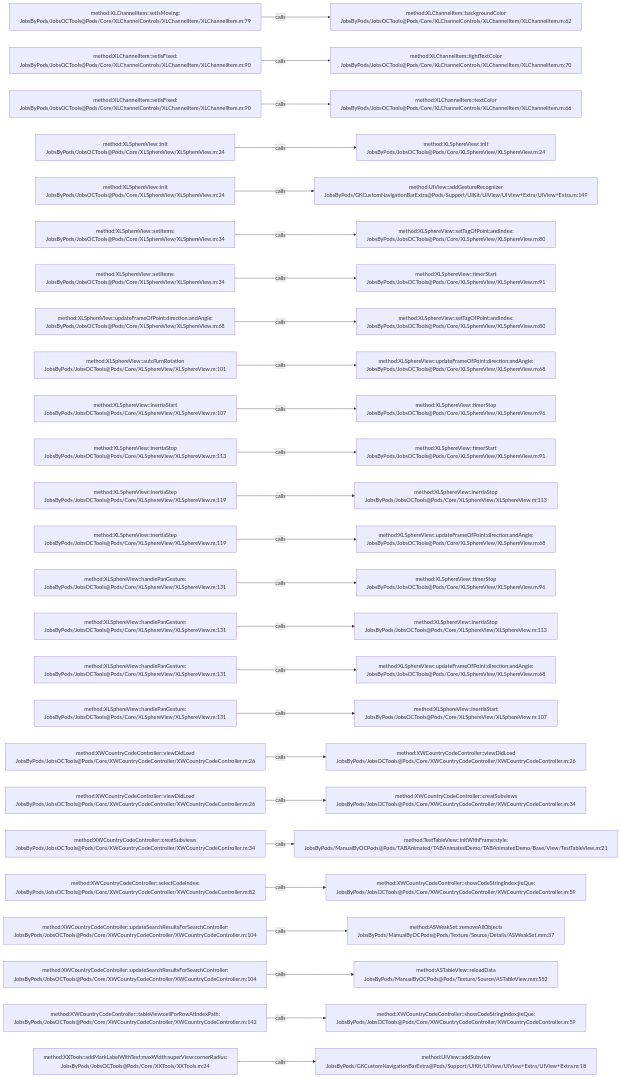
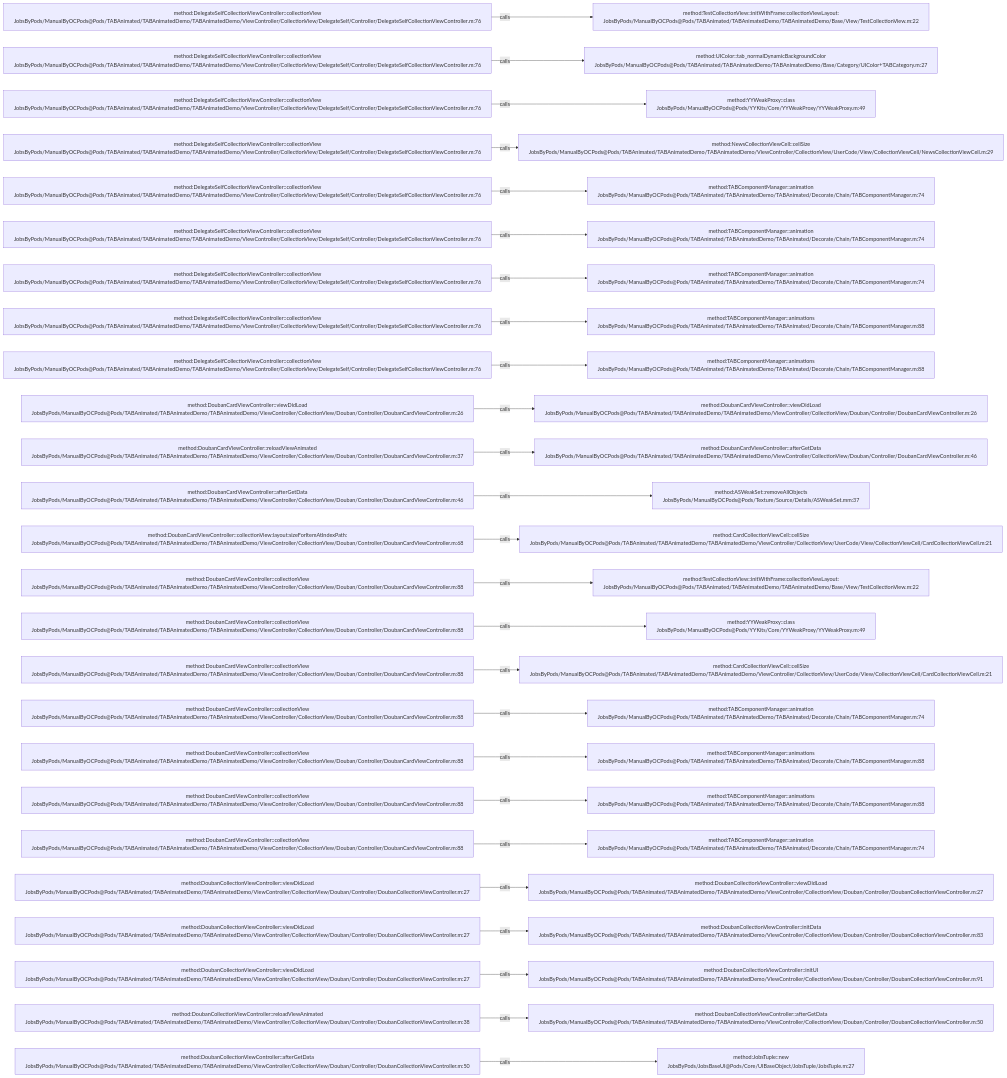
The diagram in .codegraph/codegraph.md/graphs/calls-154.md (JobsKits/JobsOCBaseConfigDemo), drawn with Mermaid before and after one commit. The commit also changed 573 other files, not shown here.

````diff
--- a/.codegraph/codegraph.md/graphs/calls-154.md
+++ b/.codegraph/codegraph.md/graphs/calls-154.md
@@ -13,78 +13,78 @@
 ```mermaid
 flowchart LR
-  S1["method:XLChannelItem::setIsMoving:<br/>JobsByPods/JobsOCTools@Pods/Core/XLChannelControls/XLChannelItem/XLChannelItem.m:79"]
-  T1["method:XLChannelItem::backgroundColor<br/>JobsByPods/JobsOCTools@Pods/Core/XLChannelControls/XLChannelItem/XLChannelItem.m:62"]
+  S1["method:DelegateSelfCollectionViewController::collectionView<br/>JobsByPods/ManualByOCPods@Pods/TABAnimated/TABAnimatedDemo/TABAnimatedDemo/ViewController/CollectionView/DelegateSelf/Controller/DelegateSelfCollectionViewController.m:76"]
+  T1["method:TestCollectionView::initWithFrame:collectionViewLayout:<br/>JobsByPods/ManualByOCPods@Pods/TABAnimated/TABAnimatedDemo/TABAnimatedDemo/Base/View/TestCollectionView.m:22"]
   S1 -->|calls| T1
-  S2["method:XLChannelItem::setIsFixed:<br/>JobsByPods/JobsOCTools@Pods/Core/XLChannelControls/XLChannelItem/XLChannelItem.m:90"]
-  T2["method:XLChannelItem::lightTextColor<br/>JobsByPods/JobsOCTools@Pods/Core/XLChannelControls/XLChannelItem/XLChannelItem.m:70"]
+  S2["method:DelegateSelfCollectionViewController::collectionView<br/>JobsByPods/ManualByOCPods@Pods/TABAnimated/TABAnimatedDemo/TABAnimatedDemo/ViewController/CollectionView/DelegateSelf/Controller/DelegateSelfCollectionViewController.m:76"]
+  T2["method:UIColor::tab_normalDynamicBackgroundColor<br/>JobsByPods/ManualByOCPods@Pods/TABAnimated/TABAnimatedDemo/TABAnimatedDemo/Base/Category/UIColor+TABCategory.m:27"]
   S2 -->|calls| T2
-  S3["method:XLChannelItem::setIsFixed:<br/>JobsByPods/JobsOCTools@Pods/Core/XLChannelControls/XLChannelItem/XLChannelItem.m:90"]
-  T3["method:XLChannelItem::textColor<br/>JobsByPods/JobsOCTools@Pods/Core/XLChannelControls/XLChannelItem/XLChannelItem.m:66"]
+  S3["method:DelegateSelfCollectionViewController::collectionView<br/>JobsByPods/ManualByOCPods@Pods/TABAnimated/TABAnimatedDemo/TABAnimatedDemo/ViewController/CollectionView/DelegateSelf/Controller/DelegateSelfCollectionViewController.m:76"]
+  T3["method:YYWeakProxy::class<br/>JobsByPods/ManualByOCPods@Pods/YYKits/Core/YYWeakProxy/YYWeakProxy.m:49"]
   S3 -->|calls| T3
-  S4["method:XLSphereView::init<br/>JobsByPods/JobsOCTools@Pods/Core/XLSphereView/XLSphereView.m:24"]
-  T4["method:XLSphereView::init<br/>JobsByPods/JobsOCTools@Pods/Core/XLSphereView/XLSphereView.m:24"]
+  S4["method:DelegateSelfCollectionViewController::collectionView<br/>JobsByPods/ManualByOCPods@Pods/TABAnimated/TABAnimatedDemo/TABAnimatedDemo/ViewController/CollectionView/DelegateSelf/Controller/DelegateSelfCollectionViewController.m:76"]
+  T4["method:NewsCollectionViewCell::cellSize<br/>JobsByPods/ManualByOCPods@Pods/TABAnimated/TABAnimatedDemo/TABAnimatedDemo/ViewController/CollectionView/UserCode/View/CollectionViewCell/NewsCollectionViewCell.m:29"]
   S4 -->|calls| T4
-  S5["method:XLSphereView::init<br/>JobsByPods/JobsOCTools@Pods/Core/XLSphereView/XLSphereView.m:24"]
-  T5["method:UIView::addGestureRecognizer<br/>JobsByPods/GKCustomNavigationBarExtra@Pods/Support/UIKit/UIView/UIView+Extra/UIView+Extra.m:149"]
+  S5["method:DelegateSelfCollectionViewController::collectionView<br/>JobsByPods/ManualByOCPods@Pods/TABAnimated/TABAnimatedDemo/TABAnimatedDemo/ViewController/CollectionView/DelegateSelf/Controller/DelegateSelfCollectionViewController.m:76"]
+  T5["method:TABComponentManager::animation<br/>JobsByPods/ManualByOCPods@Pods/TABAnimated/TABAnimatedDemo/TABAnimated/Decorate/Chain/TABComponentManager.m:74"]
   S5 -->|calls| T5
-  S6["method:XLSphereView::setItems:<br/>JobsByPods/JobsOCTools@Pods/Core/XLSphereView/XLSphereView.m:34"]
-  T6["method:XLSphereView::setTagOfPoint:andIndex:<br/>JobsByPods/JobsOCTools@Pods/Core/XLSphereView/XLSphereView.m:80"]
+  S6["method:DelegateSelfCollectionViewController::collectionView<br/>JobsByPods/ManualByOCPods@Pods/TABAnimated/TABAnimatedDemo/TABAnimatedDemo/ViewController/CollectionView/DelegateSelf/Controller/DelegateSelfCollectionViewController.m:76"]
+  T6["method:TABComponentManager::animation<br/>JobsByPods/ManualByOCPods@Pods/TABAnimated/TABAnimatedDemo/TABAnimated/Decorate/Chain/TABComponentManager.m:74"]
   S6 -->|calls| T6
-  S7["method:XLSphereView::setItems:<br/>JobsByPods/JobsOCTools@Pods/Core/XLSphereView/XLSphereView.m:34"]
-  T7["method:XLSphereView::timerStart<br/>JobsByPods/JobsOCTools@Pods/Core/XLSphereView/XLSphereView.m:91"]
+  S7["method:DelegateSelfCollectionViewController::collectionView<br/>JobsByPods/ManualByOCPods@Pods/TABAnimated/TABAnimatedDemo/TABAnimatedDemo/ViewController/CollectionView/DelegateSelf/Controller/DelegateSelfCollectionViewController.m:76"]
+  T7["method:TABComponentManager::animation<br/>JobsByPods/ManualByOCPods@Pods/TABAnimated/TABAnimatedDemo/TABAnimated/Decorate/Chain/TABComponentManager.m:74"]
   S7 -->|calls| T7
-  S8["method:XLSphereView::updateFrameOfPoint:direction:andAngle:<br/>JobsByPods/JobsOCTools@Pods/Core/XLSphereView/XLSphereView.m:68"]
-  T8["method:XLSphereView::setTagOfPoint:andIndex:<br/>JobsByPods/JobsOCTools@Pods/Core/XLSphereView/XLSphereView.m:80"]
+  S8["method:DelegateSelfCollectionViewController::collectionView<br/>JobsByPods/ManualByOCPods@Pods/TABAnimated/TABAnimatedDemo/TABAnimatedDemo/ViewController/CollectionView/DelegateSelf/Controller/DelegateSelfCollectionViewController.m:76"]
+  T8["method:TABComponentManager::animations<br/>JobsByPods/ManualByOCPods@Pods/TABAnimated/TABAnimatedDemo/TABAnimated/Decorate/Chain/TABComponentManager.m:88"]
   S8 -->|calls| T8
-  S9["method:XLSphereView::autoTurnRotation<br/>JobsByPods/JobsOCTools@Pods/Core/XLSphereView/XLSphereView.m:101"]
-  T9["method:XLSphereView::updateFrameOfPoint:direction:andAngle:<br/>JobsByPods/JobsOCTools@Pods/Core/XLSphereView/XLSphereView.m:68"]
+  S9["method:DelegateSelfCollectionViewController::collectionView<br/>JobsByPods/ManualByOCPods@Pods/TABAnimated/TABAnimatedDemo/TABAnimatedDemo/ViewController/CollectionView/DelegateSelf/Controller/DelegateSelfCollectionViewController.m:76"]
+  T9["method:TABComponentManager::animations<br/>JobsByPods/ManualByOCPods@Pods/TABAnimated/TABAnimatedDemo/TABAnimated/Decorate/Chain/TABComponentManager.m:88"]
   S9 -->|calls| T9
-  S10["method:XLSphereView::inertiaStart<br/>JobsByPods/JobsOCTools@Pods/Core/XLSphereView/XLSphereView.m:107"]
-  T10["method:XLSphereView::timerStop<br/>JobsByPods/JobsOCTools@Pods/Core/XLSphereView/XLSphereView.m:96"]
+  S10["method:DoubanCardViewController::viewDidLoad<br/>JobsByPods/ManualByOCPods@Pods/TABAnimated/TABAnimatedDemo/TABAnimatedDemo/ViewController/CollectionView/Douban/Controller/DoubanCardViewController.m:26"]
+  T10["method:DoubanCardViewController::viewDidLoad<br/>JobsByPods/ManualByOCPods@Pods/TABAnimated/TABAnimatedDemo/TABAnimatedDemo/ViewController/CollectionView/Douban/Controller/DoubanCardViewController.m:26"]
   S10 -->|calls| T10
-  S11["method:XLSphereView::inertiaStop<br/>JobsByPods/JobsOCTools@Pods/Core/XLSphereView/XLSphereView.m:113"]
-  T11["method:XLSphereView::timerStart<br/>JobsByPods/JobsOCTools@Pods/Core/XLSphereView/XLSphereView.m:91"]
+  S11["method:DoubanCardViewController::reloadViewAnimated<br/>JobsByPods/ManualByOCPods@Pods/TABAnimated/TABAnimatedDemo/TABAnimatedDemo/ViewController/CollectionView/Douban/Controller/DoubanCardViewController.m:37"]
+  T11["method:DoubanCardViewController::afterGetData<br/>JobsByPods/ManualByOCPods@Pods/TABAnimated/TABAnimatedDemo/TABAnimatedDemo/ViewController/CollectionView/Douban/Controller/DoubanCardViewController.m:46"]
   S11 -->|calls| T11
-  S12["method:XLSphereView::inertiaStep<br/>JobsByPods/JobsOCTools@Pods/Core/XLSphereView/XLSphereView.m:119"]
-  T12["method:XLSphereView::inertiaStop<br/>JobsByPods/JobsOCTools@Pods/Core/XLSphereView/XLSphereView.m:113"]
+  S12["method:DoubanCardViewController::afterGetData<br/>JobsByPods/ManualByOCPods@Pods/TABAnimated/TABAnimatedDemo/TABAnimatedDemo/ViewController/CollectionView/Douban/Controller/DoubanCardViewController.m:46"]
+  T12["method:ASWeakSet::removeAllObjects<br/>JobsByPods/ManualByOCPods@Pods/Texture/Source/Details/ASWeakSet.mm:37"]
   S12 -->|calls| T12
-  S13["method:XLSphereView::inertiaStep<br/>JobsByPods/JobsOCTools@Pods/Core/XLSphereView/XLSphereView.m:119"]
-  T13["method:XLSphereView::updateFrameOfPoint:direction:andAngle:<br/>JobsByPods/JobsOCTools@Pods/Core/XLSphereView/XLSphereView.m:68"]
+  S13["method:DoubanCardViewController::collectionView:layout:sizeForItemAtIndexPath:<br/>JobsByPods/ManualByOCPods@Pods/TABAnimated/TABAnimatedDemo/TABAnimatedDemo/ViewController/CollectionView/Douban/Controller/DoubanCardViewController.m:68"]
+  T13["method:CardCollectionViewCell::cellSize<br/>JobsByPods/ManualByOCPods@Pods/TABAnimated/TABAnimatedDemo/TABAnimatedDemo/ViewController/CollectionView/UserCode/View/CollectionViewCell/CardCollectionViewCell.m:21"]
   S13 -->|calls| T13
-  S14["method:XLSphereView::handlePanGesture:<br/>JobsByPods/JobsOCTools@Pods/Core/XLSphereView/XLSphereView.m:131"]
-  T14["method:XLSphereView::timerStop<br/>JobsByPods/JobsOCTools@Pods/Core/XLSphereView/XLSphereView.m:96"]
+  S14["method:DoubanCardViewController::collectionView<br/>JobsByPods/ManualByOCPods@Pods/TABAnimated/TABAnimatedDemo/TABAnimatedDemo/ViewController/CollectionView/Douban/Controller/DoubanCardViewController.m:88"]
+  T14["method:TestCollectionView::initWithFrame:collectionViewLayout:<br/>JobsByPods/ManualByOCPods@Pods/TABAnimated/TABAnimatedDemo/TABAnimatedDemo/Base/View/TestCollectionView.m:22"]
   S14 -->|calls| T14
-  S15["method:XLSphereView::handlePanGesture:<br/>JobsByPods/JobsOCTools@Pods/Core/XLSphereView/XLSphereView.m:131"]
-  T15["method:XLSphereView::inertiaStop<br/>JobsByPods/JobsOCTools@Pods/Core/XLSphereView/XLSphereView.m:113"]
+  S15["method:DoubanCardViewController::collectionView<br/>JobsByPods/ManualByOCPods@Pods/TABAnimated/TABAnimatedDemo/TABAnimatedDemo/ViewController/CollectionView/Douban/Controller/DoubanCardViewController.m:88"]
+  T15["method:YYWeakProxy::class<br/>JobsByPods/ManualByOCPods@Pods/YYKits/Core/YYWeakProxy/YYWeakProxy.m:49"]
   S15 -->|calls| T15
-  S16["method:XLSphereView::handlePanGesture:<br/>JobsByPods/JobsOCTools@Pods/Core/XLSphereView/XLSphereView.m:131"]
-  T16["method:XLSphereView::updateFrameOfPoint:direction:andAngle:<br/>JobsByPods/JobsOCTools@Pods/Core/XLSphereView/XLSphereView.m:68"]
+  S16["method:DoubanCardViewController::collectionView<br/>JobsByPods/ManualByOCPods@Pods/TABAnimated/TABAnimatedDemo/TABAnimatedDemo/ViewController/CollectionView/Douban/Controller/DoubanCardViewController.m:88"]
+  T16["method:CardCollectionViewCell::cellSize<br/>JobsByPods/ManualByOCPods@Pods/TABAnimated/TABAnimatedDemo/TABAnimatedDemo/ViewController/CollectionView/UserCode/View/CollectionViewCell/CardCollectionViewCell.m:21"]
   S16 -->|calls| T16
-  S17["method:XLSphereView::handlePanGesture:<br/>JobsByPods/JobsOCTools@Pods/Core/XLSphereView/XLSphereView.m:131"]
-  T17["method:XLSphereView::inertiaStart<br/>JobsByPods/JobsOCTools@Pods/Core/XLSphereView/XLSphereView.m:107"]
+  S17["method:DoubanCardViewController::collectionView<br/>JobsByPods/ManualByOCPods@Pods/TABAnimated/TABAnimatedDemo/TABAnimatedDemo/ViewController/CollectionView/Douban/Controller/DoubanCardViewController.m:88"]
+  T17["method:TABComponentManager::animation<br/>JobsByPods/ManualByOCPods@Pods/TABAnimated/TABAnimatedDemo/TABAnimated/Decorate/Chain/TABComponentManager.m:74"]
   S17 -->|calls| T17
-  S18["method:XWCountryCodeController::viewDidLoad<br/>JobsByPods/JobsOCTools@Pods/Core/XWCountryCodeController/XWCountryCodeController.m:26"]
-  T18["method:XWCountryCodeController::viewDidLoad<br/>JobsByPods/JobsOCTools@Pods/Core/XWCountryCodeController/XWCountryCodeController.m:26"]
+  S18["method:DoubanCardViewController::collectionView<br/>JobsByPods/ManualByOCPods@Pods/TABAnimated/TABAnimatedDemo/TABAnimatedDemo/ViewController/CollectionView/Douban/Controller/DoubanCardViewController.m:88"]
+  T18["method:TABComponentManager::animations<br/>JobsByPods/ManualByOCPods@Pods/TABAnimated/TABAnimatedDemo/TABAnimated/Decorate/Chain/TABComponentManager.m:88"]
   S18 -->|calls| T18
-  S19["method:XWCountryCodeController::viewDidLoad<br/>JobsByPods/JobsOCTools@Pods/Core/XWCountryCodeController/XWCountryCodeController.m:26"]
-  T19["method:XWCountryCodeController::creatSubviews<br/>JobsByPods/JobsOCTools@Pods/Core/XWCountryCodeController/XWCountryCodeController.m:34"]
+  S19["method:DoubanCardViewController::collectionView<br/>JobsByPods/ManualByOCPods@Pods/TABAnimated/TABAnimatedDemo/TABAnimatedDemo/ViewController/CollectionView/Douban/Controller/DoubanCardViewController.m:88"]
+  T19["method:TABComponentManager::animations<br/>JobsByPods/ManualByOCPods@Pods/TABAnimated/TABAnimatedDemo/TABAnimated/Decorate/Chain/TABComponentManager.m:88"]
   S19 -->|calls| T19
-  S20["method:XWCountryCodeController::creatSubviews<br/>JobsByPods/JobsOCTools@Pods/Core/XWCountryCodeController/XWCountryCodeController.m:34"]
-  T20["method:TestTableView::initWithFrame:style:<br/>JobsByPods/ManualByOCPods@Pods/TABAnimated/TABAnimatedDemo/TABAnimatedDemo/Base/View/TestTableView.m:21"]
+  S20["method:DoubanCardViewController::collectionView<br/>JobsByPods/ManualByOCPods@Pods/TABAnimated/TABAnimatedDemo/TABAnimatedDemo/ViewController/CollectionView/Douban/Controller/DoubanCardViewController.m:88"]
+  T20["method:TABComponentManager::animation<br/>JobsByPods/ManualByOCPods@Pods/TABAnimated/TABAnimatedDemo/TABAnimated/Decorate/Chain/TABComponentManager.m:74"]
   S20 -->|calls| T20
-  S21["method:XWCountryCodeController::selectCodeIndex:<br/>JobsByPods/JobsOCTools@Pods/Core/XWCountryCodeController/XWCountryCodeController.m:82"]
-  T21["method:XWCountryCodeController::showCodeStringIndex:jieQue:<br/>JobsByPods/JobsOCTools@Pods/Core/XWCountryCodeController/XWCountryCodeController.m:59"]
+  S21["method:DoubanCollectionViewController::viewDidLoad<br/>JobsByPods/ManualByOCPods@Pods/TABAnimated/TABAnimatedDemo/TABAnimatedDemo/ViewController/CollectionView/Douban/Controller/DoubanCollectionViewController.m:27"]
+  T21["method:DoubanCollectionViewController::viewDidLoad<br/>JobsByPods/ManualByOCPods@Pods/TABAnimated/TABAnimatedDemo/TABAnimatedDemo/ViewController/CollectionView/Douban/Controller/DoubanCollectionViewController.m:27"]
   S21 -->|calls| T21
-  S22["method:XWCountryCodeController::updateSearchResultsForSearchController:<br/>JobsByPods/JobsOCTools@Pods/Core/XWCountryCodeController/XWCountryCodeController.m:104"]
-  T22["method:ASWeakSet::removeAllObjects<br/>JobsByPods/ManualByOCPods@Pods/Texture/Source/Details/ASWeakSet.mm:37"]
+  S22["method:DoubanCollectionViewController::viewDidLoad<br/>JobsByPods/ManualByOCPods@Pods/TABAnimated/TABAnimatedDemo/TABAnimatedDemo/ViewController/CollectionView/Douban/Controller/DoubanCollectionViewController.m:27"]
+  T22["method:DoubanCollectionViewController::initData<br/>JobsByPods/ManualByOCPods@Pods/TABAnimated/TABAnimatedDemo/TABAnimatedDemo/ViewController/CollectionView/Douban/Controller/DoubanCollectionViewController.m:83"]
   S22 -->|calls| T22
-  S23["method:XWCountryCodeController::updateSearchResultsForSearchController:<br/>JobsByPods/JobsOCTools@Pods/Core/XWCountryCodeController/XWCountryCodeController.m:104"]
-  T23["method:ASTableView::reloadData<br/>JobsByPods/ManualByOCPods@Pods/Texture/Source/ASTableView.mm:552"]
+  S23["method:DoubanCollectionViewController::viewDidLoad<br/>JobsByPods/ManualByOCPods@Pods/TABAnimated/TABAnimatedDemo/TABAnimatedDemo/ViewController/CollectionView/Douban/Controller/DoubanCollectionViewController.m:27"]
+  T23["method:DoubanCollectionViewController::initUI<br/>JobsByPods/ManualByOCPods@Pods/TABAnimated/TABAnimatedDemo/TABAnimatedDemo/ViewController/CollectionView/Douban/Controller/DoubanCollectionViewController.m:91"]
   S23 -->|calls| T23
-  S24["method:XWCountryCodeController::tableView:cellForRowAtIndexPath:<br/>JobsByPods/JobsOCTools@Pods/Core/XWCountryCodeController/XWCountryCodeController.m:142"]
-  T24["method:XWCountryCodeController::showCodeStringIndex:jieQue:<br/>JobsByPods/JobsOCTools@Pods/Core/XWCountryCodeController/XWCountryCodeController.m:59"]
+  S24["method:DoubanCollectionViewController::reloadViewAnimated<br/>JobsByPods/ManualByOCPods@Pods/TABAnimated/TABAnimatedDemo/TABAnimatedDemo/ViewController/CollectionView/Douban/Controller/DoubanCollectionViewController.m:38"]
+  T24["method:DoubanCollectionViewController::afterGetData<br/>JobsByPods/ManualByOCPods@Pods/TABAnimated/TABAnimatedDemo/TABAnimatedDemo/ViewController/CollectionView/Douban/Controller/DoubanCollectionViewController.m:50"]
   S24 -->|calls| T24
-  S25["method:XXTools::addMarkLabelWithText:maxWidth:superView:cornerRadius:<br/>JobsByPods/JobsOCTools@Pods/Core/XXTools/XXTools.m:24"]
-  T25["method:UIView::addSubview<br/>JobsByPods/GKCustomNavigationBarExtra@Pods/Support/UIKit/UIView/UIView+Extra/UIView+Extra.m:18"]
+  S25["method:DoubanCollectionViewController::afterGetData<br/>JobsByPods/ManualByOCPods@Pods/TABAnimated/TABAnimatedDemo/TABAnimatedDemo/ViewController/CollectionView/Douban/Controller/DoubanCollectionViewController.m:50"]
+  T25["method:JobsTuple::new<br/>JobsByPods/JobsBaseUI@Pods/Core/UIBaseObject/JobsTuple/JobsTuple.m:27"]
   S25 -->|calls| T25
 ```
````
